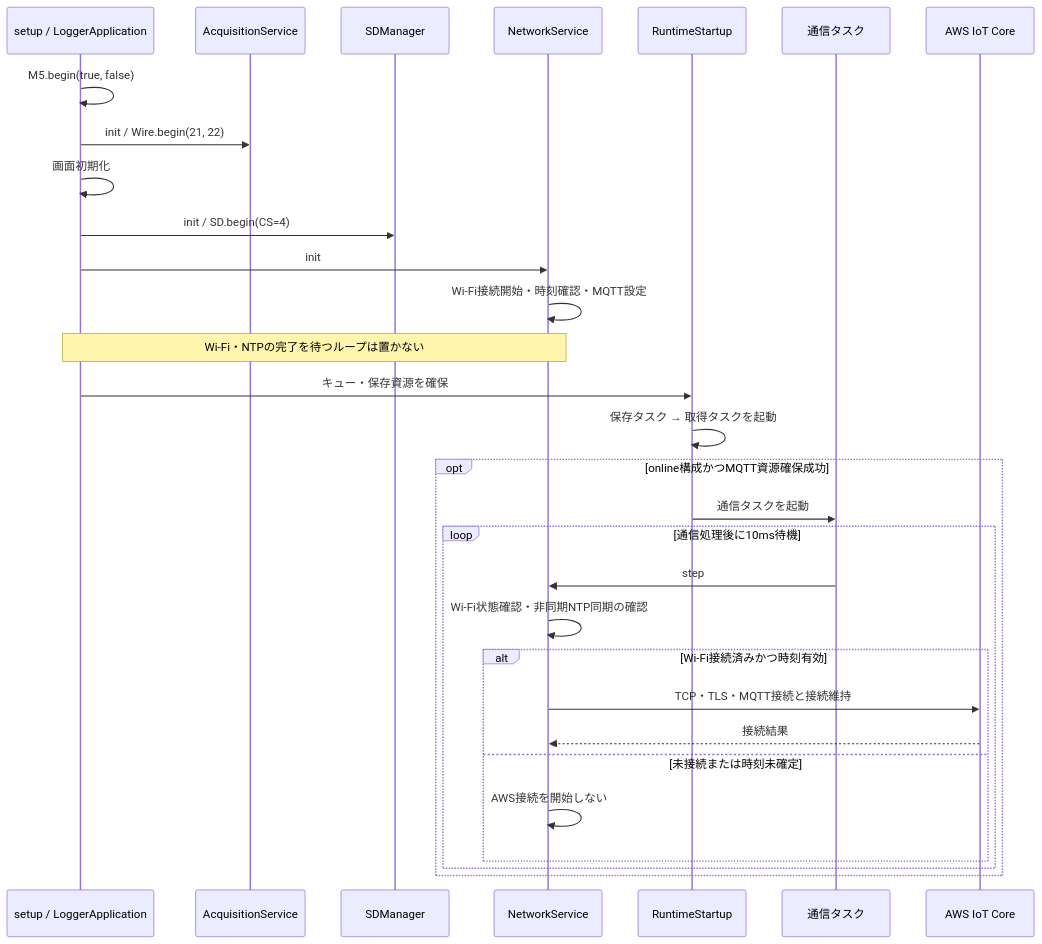
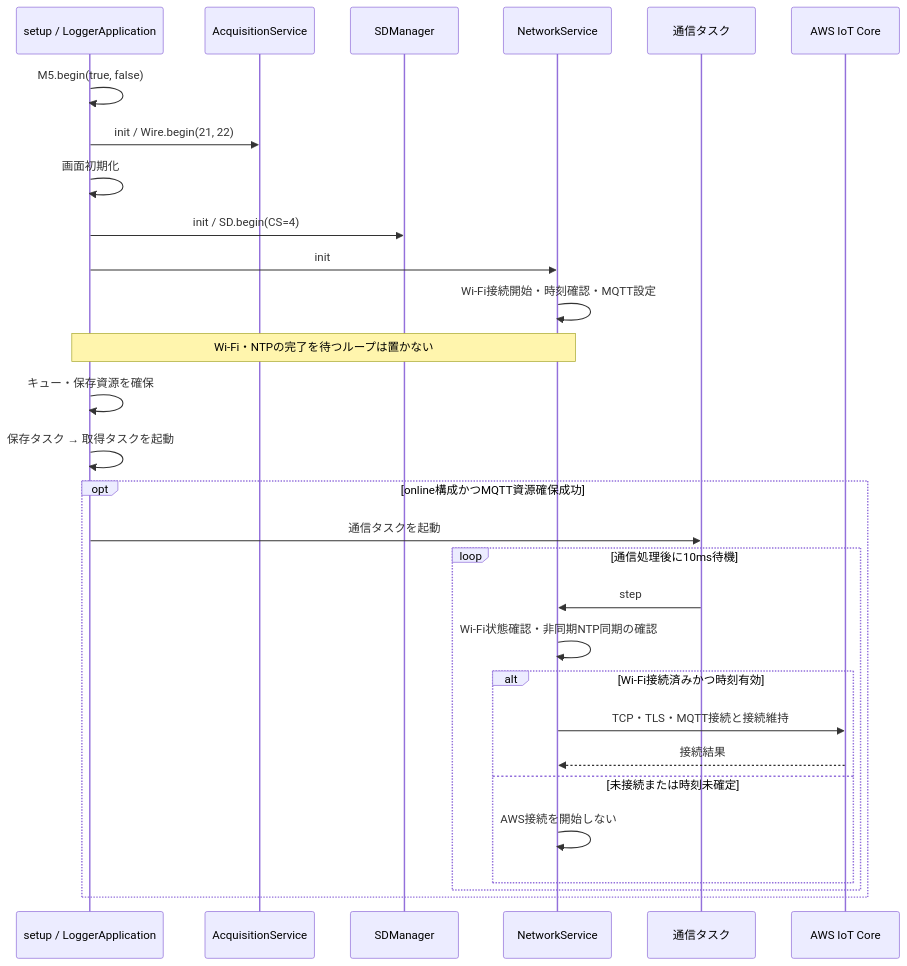
Before and after one commit to Siroyan/pi-pressure-logger: the fourth of 6 diagrams in docs/SOFTWARE_ARCHITECTURE.md, drawn with Mermaid. The commit also changed other lines of this file and 7 other files, not shown here.

Commit message:
refactor: inline runtime startup into application setup

````diff
--- a/docs/SOFTWARE_ARCHITECTURE.md
+++ b/docs/SOFTWARE_ARCHITECTURE.md
@@ -89,32 +89,31 @@
 ```mermaid
 sequenceDiagram
     participant Boot as setup / LoggerApplication
     participant ADC as AcquisitionService
     participant SD as SDManager
     participant Net as NetworkService
-    participant Start as RuntimeStartup
     participant Worker as 通信タスク
     participant AWS as AWS IoT Core
     Boot->>Boot: M5.begin(true, false)
     Boot->>ADC: init / Wire.begin(21, 22)
     Boot->>Boot: 画面初期化
     Boot->>SD: init / SD.begin(CS=4)
     Boot->>Net: init
     Net->>Net: Wi-Fi接続開始・時刻確認・MQTT設定
     Note over Boot,Net: Wi-Fi・NTPの完了を待つループは置かない
-    Boot->>Start: キュー・保存資源を確保
-    Start->>Start: 保存タスク → 取得タスクを起動
+    Boot->>Boot: キュー・保存資源を確保
+    Boot->>Boot: 保存タスク → 取得タスクを起動
     opt online構成かつMQTT資源確保成功
-        Start->>Worker: 通信タスクを起動
+        Boot->>Worker: 通信タスクを起動
         loop 通信処理後に10ms待機
             Worker->>Net: step
             Net->>Net: Wi-Fi状態確認・非同期NTP同期の確認
             alt Wi-Fi接続済みかつ時刻有効
                 Net->>AWS: TCP・TLS・MQTT接続と接続維持
                 AWS-->>Net: 接続結果
             else 未接続または時刻未確定
                 Net->>Net: AWS接続を開始しない
             end
         end
     end
 ```
````
